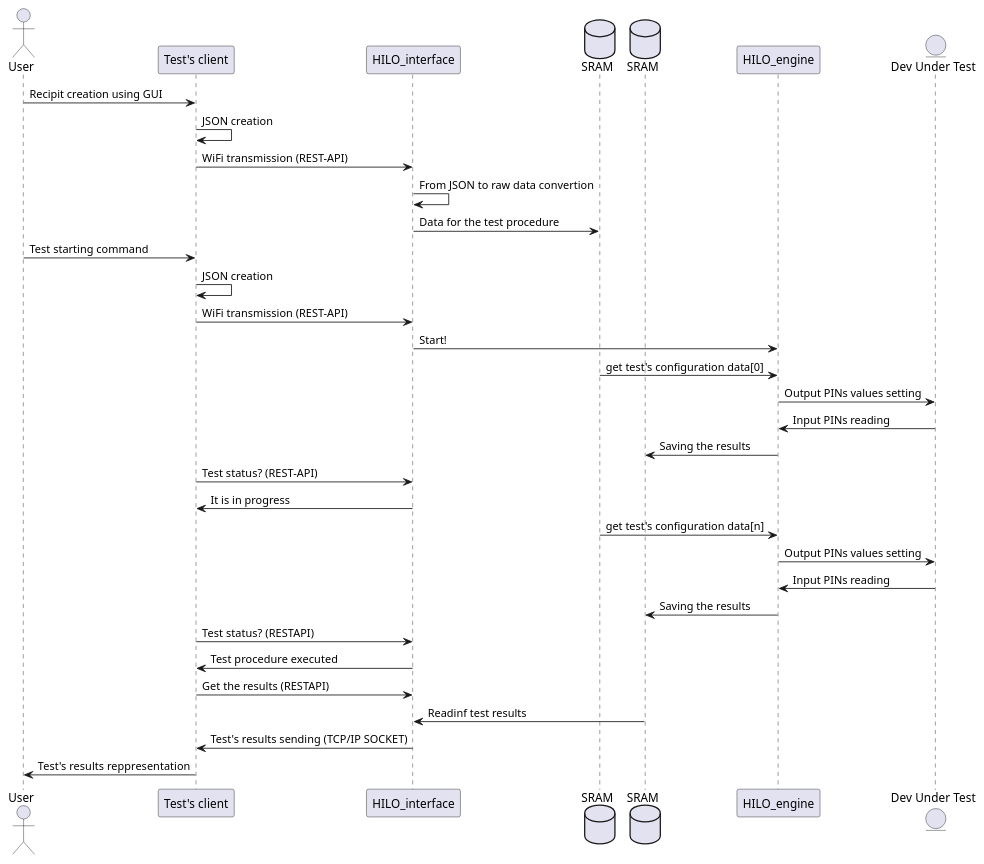
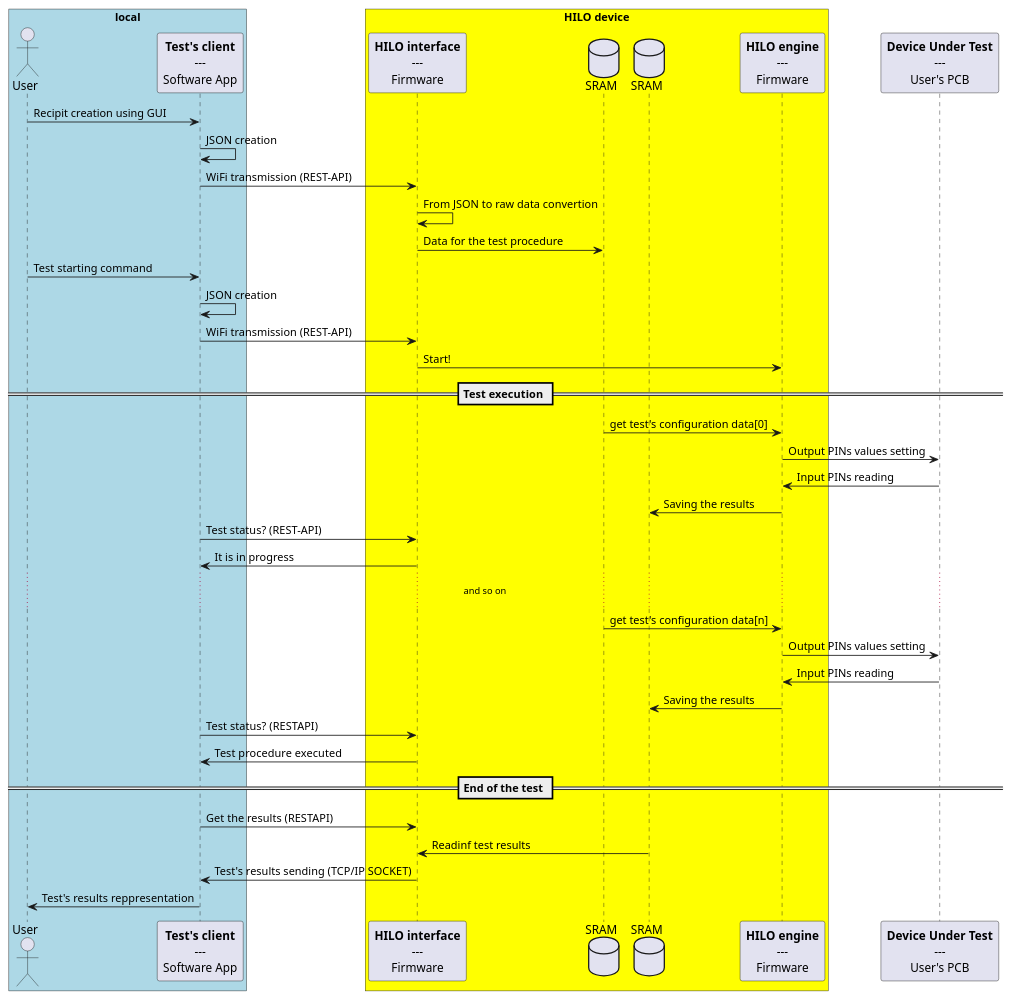
The diagram in images/overviewFirmwarSequenceDiagram.puml (catinella/HILO), drawn with PlantUML before and after one commit. The commit also changed 1 other file, not shown here.

```diff
--- a/images/overviewFirmwarSequenceDiagram.puml
+++ b/images/overviewFirmwarSequenceDiagram.puml
@@ -3,40 +3,88 @@
 @startuml
 
-actor       "User"           as USER
-participant "Test's client"  as TCL
-participant "HILO_interface" as HILOIF
-database    "SRAM"           as SRAM1
-database    "SRAM"           as SRAM2
-participant "HILO_engine"    as HILOEN
-entity      "Dev Under Test" as DUT
+'-------------------------------------------------------------------------------------------------------------------------------
+'                                                    P A R T I C I P A N T S
+'-------------------------------------------------------------------------------------------------------------------------------
+
+actor "User" as USER
+
+participant TCL [
+	**Test's client**
+	---
+	Software App
+]
+
+box "local" #LightBlue
+	actor USER
+	participant TCL
+end box
+
+participant HILOIF [
+	**HILO interface**
+	---
+	Firmware
+]
+
+database "SRAM" as SRAM1
+database "SRAM" as SRAM2
+
+participant HILOEN [
+	**HILO engine**
+	---
+	Firmware
+]
+
+box "HILO device" #Yellow
+	participant HILOIF
+	database    SRAM1
+	database    SRAM2
+	participant HILOEN
+end box
+
+participant DUT [
+	**Device Under Test**
+	---
+	User's PCB
+]
+
+'-------------------------------------------------------------------------------------------------------------------------------
+'                              P A R T I C I P A N T ' s   I N T E R A C T I O N S
+'-------------------------------------------------------------------------------------------------------------------------------
 
 USER   -> TCL:    Recipit creation using GUI
 TCL    -> TCL:    JSON creation
 TCL    -> HILOIF: WiFi transmission (REST-API)
 HILOIF -> HILOIF: From JSON to raw data convertion
 HILOIF -> SRAM1:  Data for the test procedure
 USER   -> TCL:    Test starting command
 TCL    -> TCL:    JSON creation
 TCL    -> HILOIF: WiFi transmission (REST-API)
 HILOIF -> HILOEN: Start!
+
+== Test execution ==
+
 SRAM1  -> HILOEN: get test's configuration data[0]
 HILOEN -> DUT:    Output PINs values setting
 DUT    -> HILOEN: Input PINs reading
 HILOEN -> SRAM2:  Saving the results
 
 TCL    -> HILOIF: Test status? (REST-API)
 HILOIF -> TCL:    It is in progress
+
+... and so on...
 
 SRAM1  -> HILOEN: get test's configuration data[n]
 HILOEN -> DUT:    Output PINs values setting
 DUT    -> HILOEN: Input PINs reading
 HILOEN -> SRAM2:  Saving the results
 
 TCL    -> HILOIF: Test status? (RESTAPI)
 HILOIF -> TCL:    Test procedure executed
 
+== End of the test ==
+
 TCL    -> HILOIF: Get the results (RESTAPI)
 SRAM2  -> HILOIF: Readinf test results
 HILOIF -> TCL:    Test's results sending (TCP/IP SOCKET)
 TCL    -> USER:   Test's results reppresentation
 @enduml
```
